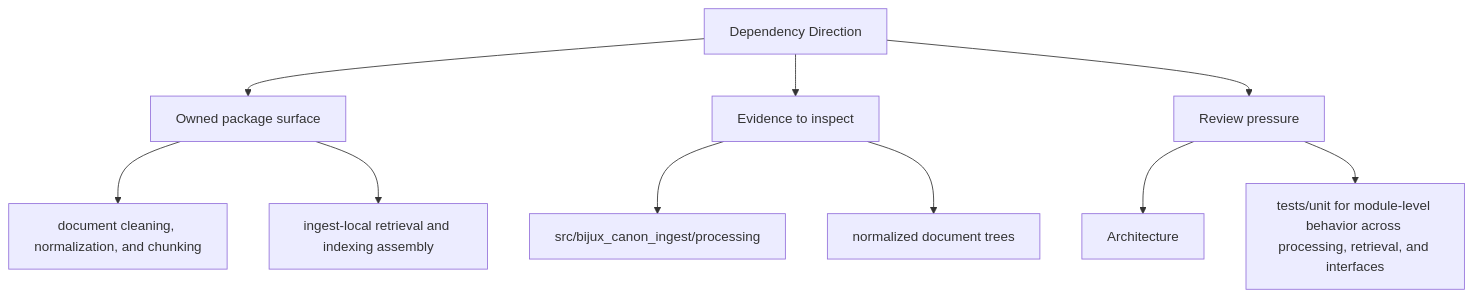
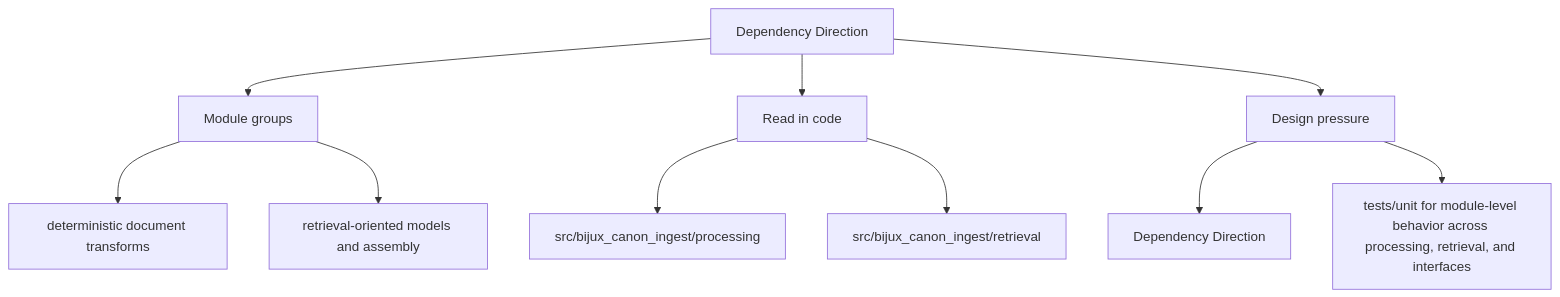
One commit to bijux/bijux-canon changed the second of 2 diagrams in docs/bijux-canon-ingest/architecture/dependency-direction.md. Above: the diagram before and after it, drawn with Mermaid. The commit also changed other lines of this file and 250 other files, not shown here.

Commit message:
docs(diagrams): make product page maps more readable

````diff
--- a/docs/bijux-canon-ingest/architecture/dependency-direction.md
+++ b/docs/bijux-canon-ingest/architecture/dependency-direction.md
@@ -35,22 +35,22 @@
 ```mermaid
 flowchart TD
     page["Dependency Direction"]
-    focus1["Owned package surface"]
+    focus1["Module groups"]
     page --> focus1
-    focus1_1["document cleaning, normalization, and chunking"]
+    focus1_1["deterministic document transforms"]
     focus1 --> focus1_1
-    focus1_2["ingest-local retrieval and indexing assembly"]
+    focus1_2["retrieval-oriented models and assembly"]
     focus1 --> focus1_2
-    focus2["Evidence to inspect"]
+    focus2["Read in code"]
     page --> focus2
     focus2_1["src/bijux_canon_ingest/processing"]
     focus2 --> focus2_1
-    focus2_2["normalized document trees"]
+    focus2_2["src/bijux_canon_ingest/retrieval"]
     focus2 --> focus2_2
-    focus3["Review pressure"]
+    focus3["Design pressure"]
     page --> focus3
-    focus3_1["Architecture"]
+    focus3_1["Dependency Direction"]
     focus3 --> focus3_1
     focus3_2["tests/unit for module-level behavior across processing, retrieval, and interfaces"]
     focus3 --> focus3_2
 ```
````
